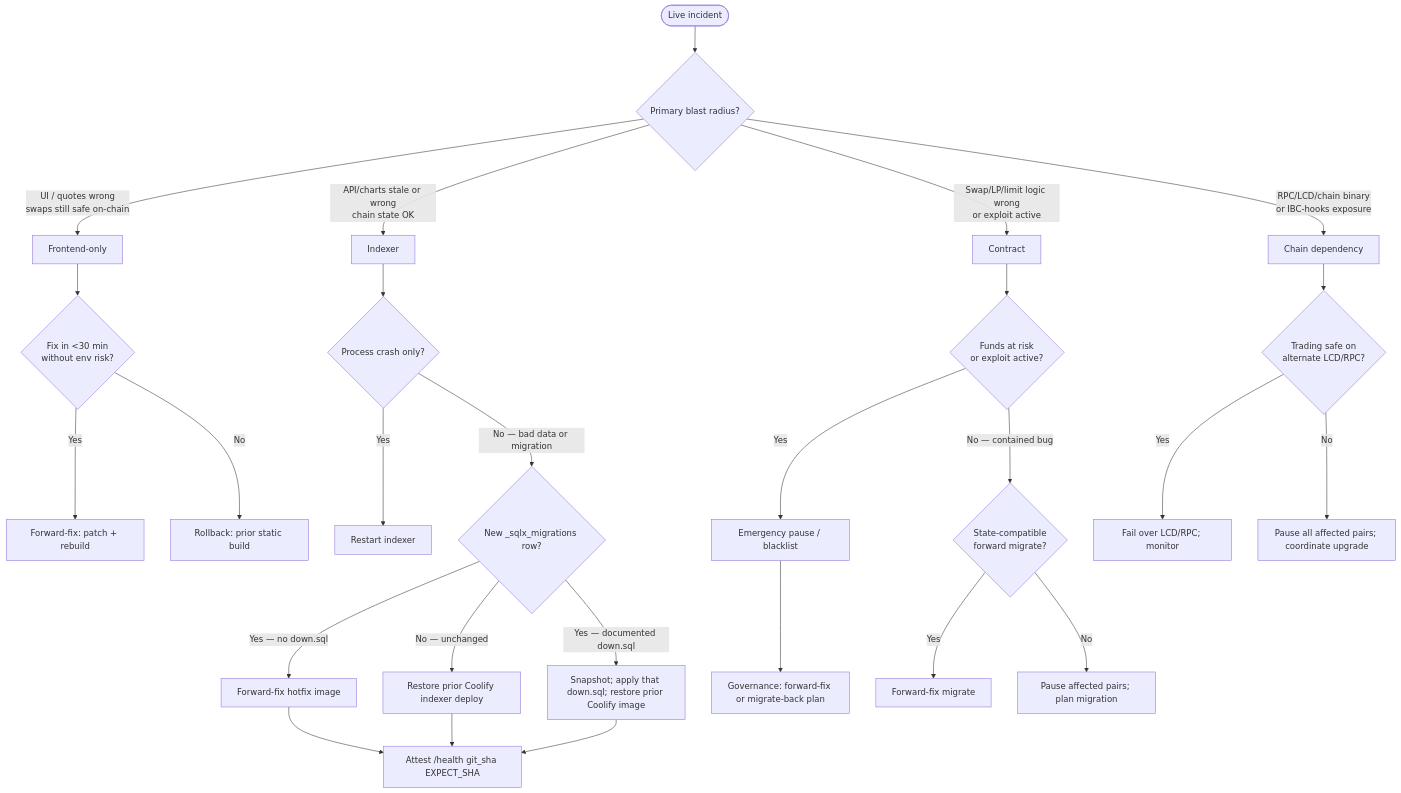
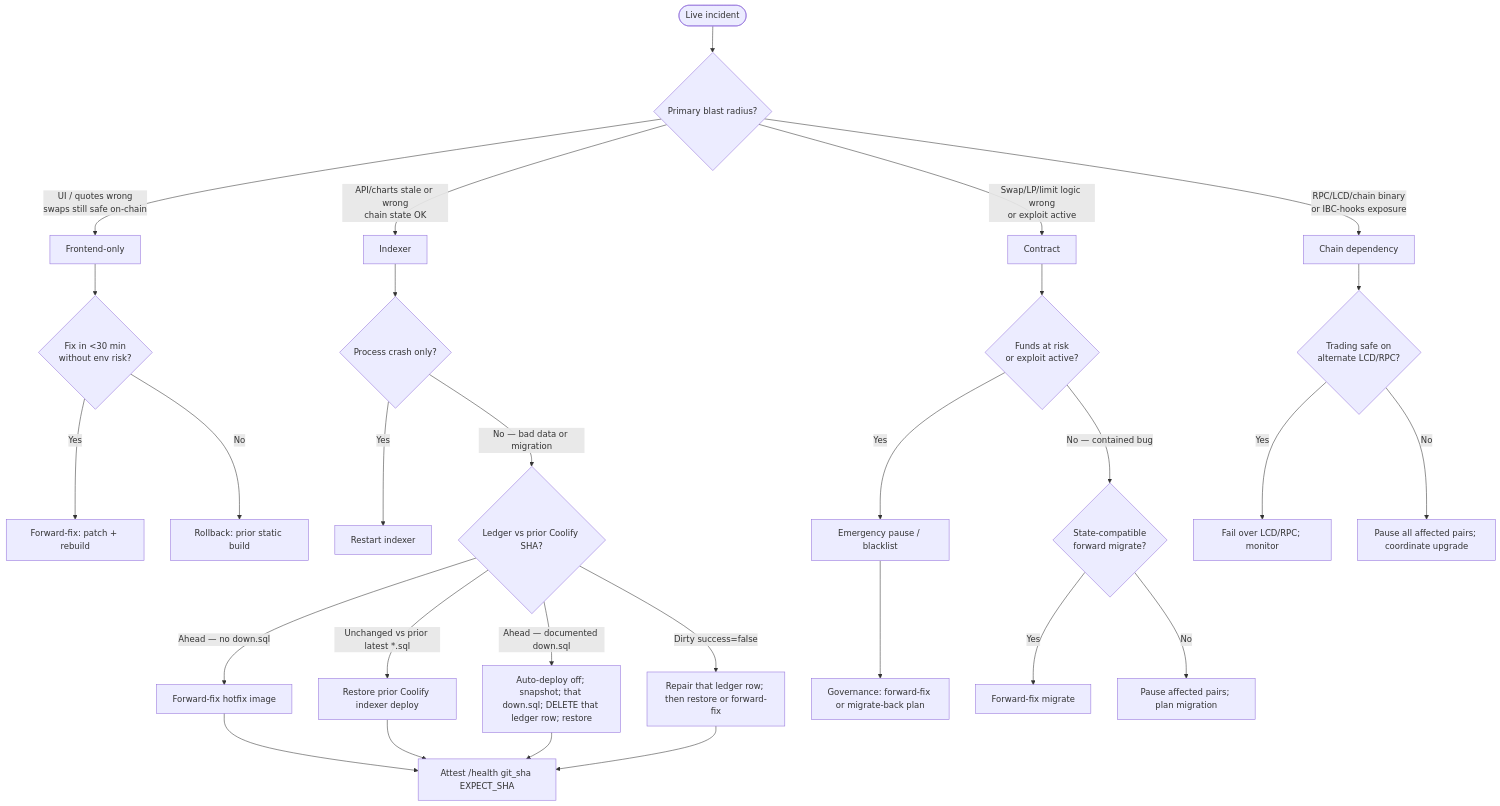
The diagram in docs/runbooks/rollback-decision.md (PlasticDigits/cl8y-dex-terraclassic), drawn with Mermaid before and after one commit. The commit also changed other lines of this file and 5 other files, not shown here.

First line of the commit message:
docs(indexer): pin Coolify revert ledger delete and rollback baseline

````diff
--- a/docs/runbooks/rollback-decision.md
+++ b/docs/runbooks/rollback-decision.md
@@ -22,29 +22,31 @@
 ```mermaid
 flowchart TD
   start([Live incident]) --> classify{Primary blast radius?}
   classify -->|UI / quotes wrong<br/>swaps still safe on-chain| fe[Frontend-only]
   classify -->|API/charts stale or wrong<br/>chain state OK| idx[Indexer]
   classify -->|Swap/LP/limit logic wrong<br/>or exploit active| ctr[Contract]
   classify -->|RPC/LCD/chain binary<br/>or IBC-hooks exposure| chain[Chain dependency]
   fe --> fe_dec{Fix in &lt;30 min<br/>without env risk?}
   fe_dec -->|Yes| fe_hot[Forward-fix: patch + rebuild]
   fe_dec -->|No| fe_roll[Rollback: prior static build]
   idx --> idx_dec{Process crash only?}
   idx_dec -->|Yes| idx_restart[Restart indexer]
-  idx_dec -->|No — bad data or migration| idx_schema{New _sqlx_migrations row?}
-  idx_schema -->|No — unchanged| idx_cool[Restore prior Coolify indexer deploy]
-  idx_schema -->|Yes — no down.sql| idx_fwd[Forward-fix hotfix image]
-  idx_schema -->|Yes — documented down.sql| idx_down[Snapshot; apply that down.sql; restore prior Coolify image]
+  idx_dec -->|No — bad data or migration| idx_schema{Ledger vs prior Coolify SHA?}
+  idx_schema -->|Dirty success=false| idx_dirty[Repair that ledger row; then restore or forward-fix]
+  idx_schema -->|Unchanged vs prior latest *.sql| idx_cool[Restore prior Coolify indexer deploy]
+  idx_schema -->|Ahead — no down.sql| idx_fwd[Forward-fix hotfix image]
+  idx_schema -->|Ahead — documented down.sql| idx_down[Auto-deploy off; snapshot; that down.sql; DELETE that ledger row; restore]
   idx_fwd --> idx_attest[Attest /health git_sha EXPECT_SHA]
   idx_cool --> idx_attest
   idx_down --> idx_attest
+  idx_dirty --> idx_attest
   ctr --> ctr_risk{Funds at risk<br/>or exploit active?}
   ctr_risk -->|Yes| ctr_pause[Emergency pause / blacklist]
   ctr_risk -->|No — contained bug| ctr_fix{State-compatible<br/>forward migrate?}
   ctr_pause --> ctr_plan[Governance: forward-fix or migrate-back plan]
   ctr_fix -->|Yes| ctr_migrate[Forward-fix migrate]
   ctr_fix -->|No| ctr_wait[Pause affected pairs; plan migration]
   chain --> chain_dec{Trading safe on<br/>alternate LCD/RPC?}
   chain_dec -->|Yes| chain_lcd[Fail over LCD/RPC; monitor]
   chain_dec -->|No| chain_pause[Pause all affected pairs; coordinate upgrade]
 ```
````
